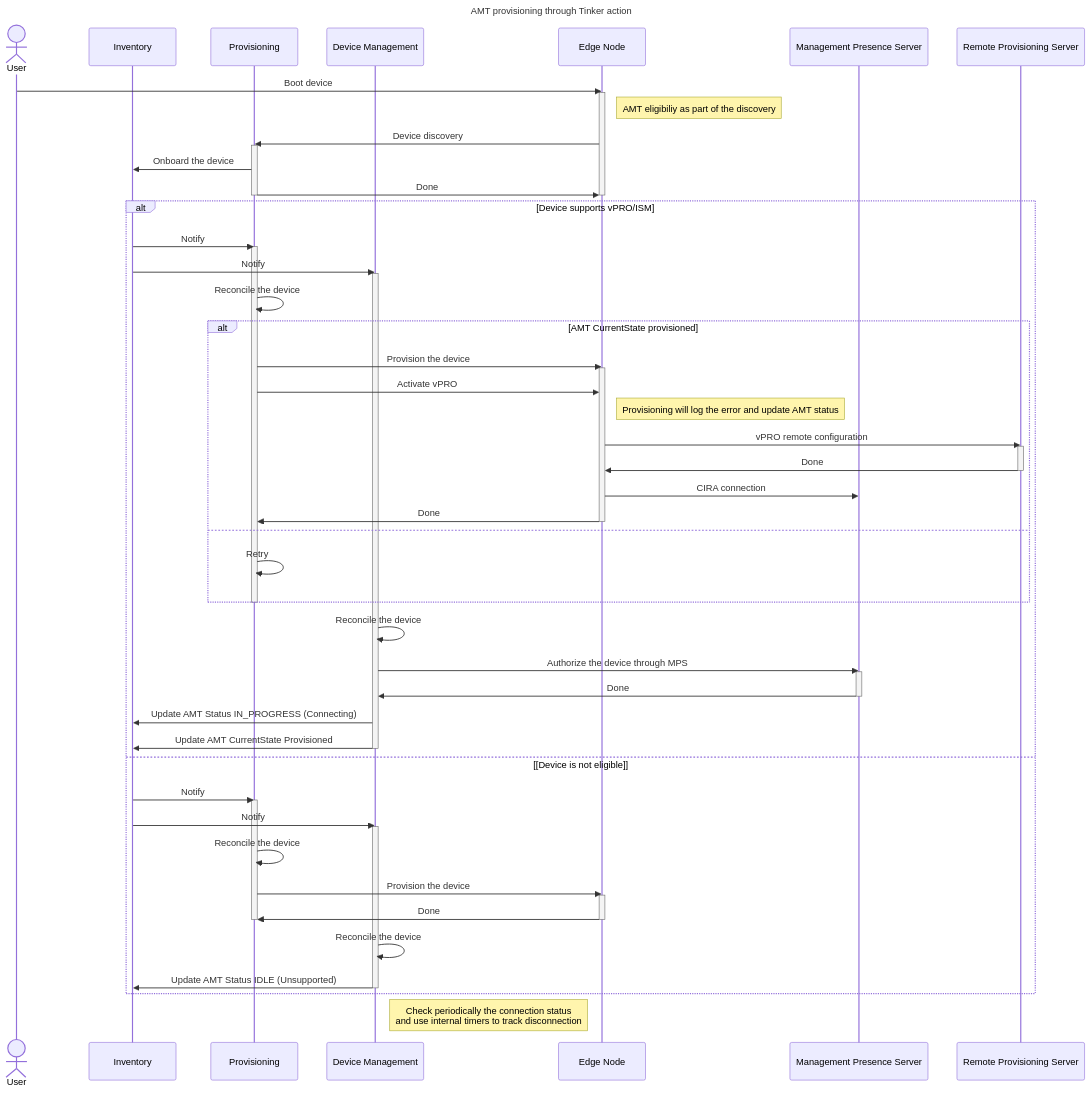
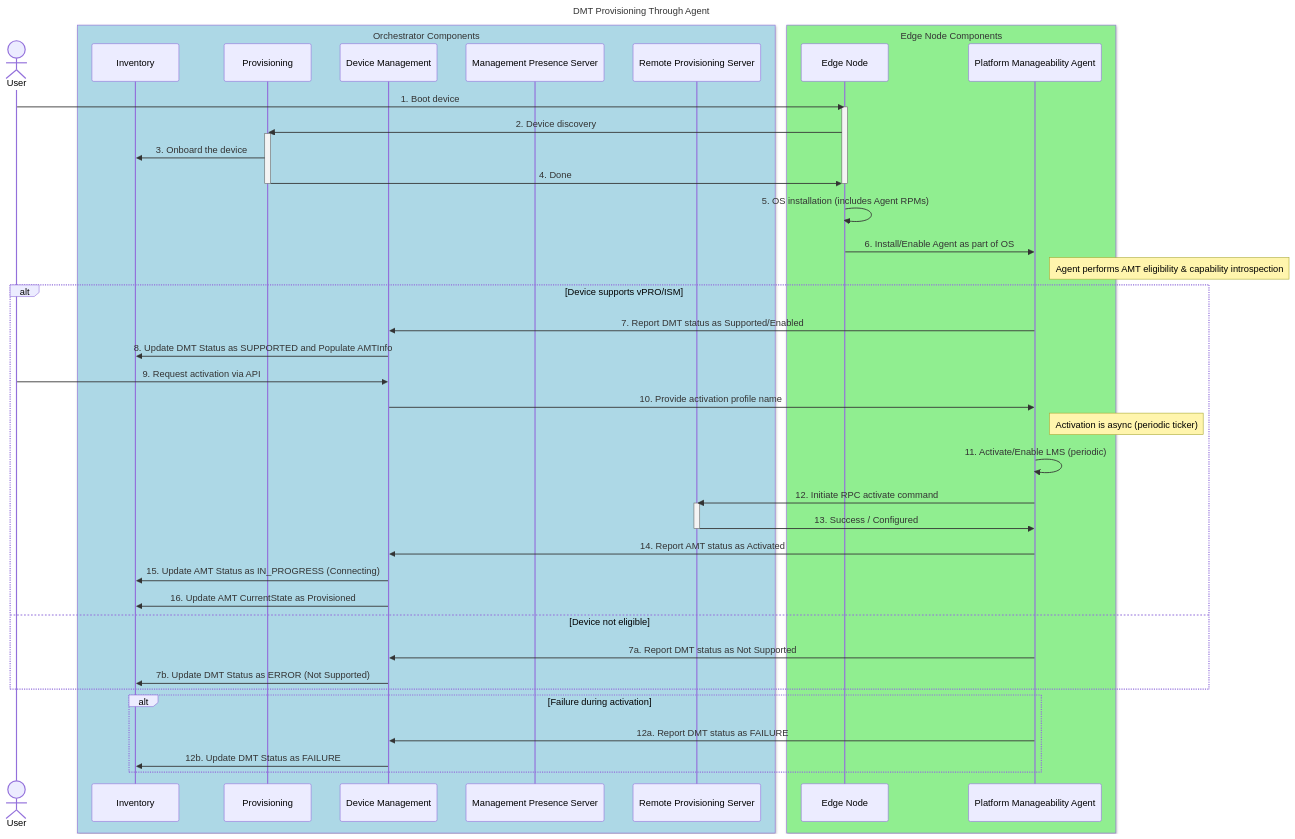
Before and after one commit to open-edge-platform/edge-manageability-framework: the diagram in design-proposals/vpro-device.md, drawn with Mermaid. The commit also changed other lines of this file, not shown here.

Commit message:
Initial commit for rpc design (#507)

````diff
--- a/design-proposals/vpro-device.md
+++ b/design-proposals/vpro-device.md
@@ -52,66 +59,62 @@
 ```mermaid
 sequenceDiagram
-    title AMT provisioning through Tinker action
+    title DMT Provisioning Through Agent
+
     actor us as User
-    participant inv as Inventory
-    participant ps as Provisioning
-    participant dm as Device Management
-    participant en as Edge Node
-    participant mps as Management Presence Server
-    participant rps as Remote Provisioning Server
-    us ->> en: Boot device
+
+    box rgb(173, 216, 230) Orchestrator Components
+        participant inv as Inventory
+        participant ps as Provisioning
+        participant dm as Device Management
+        participant mps as Management Presence Server
+        participant rps as Remote Provisioning Server
+    end
+
+    box rgb(144, 238, 144) Edge Node Components
+        participant en as Edge Node
+        participant agent as Platform Manageability Agent
+    end
+
+    us ->> en: 1. Boot device
     activate en
-    Note right of en: AMT eligibiliy as part of the discovery
-    en ->> ps: Device discovery
+    en ->> ps: 2. Device discovery
     activate ps
-    ps ->> inv: Onboard the device
-    ps ->> en: Done
+    ps ->> inv: 3. Onboard the device
+    ps ->> en: 4. Done
     deactivate ps
     deactivate en
+
+    en ->> en: 5. OS installation (includes Agent RPMs)
+    en ->> agent: 6. Install/Enable Agent as part of OS
+
+    Note right of agent: Agent performs AMT eligibility & capability introspection
+
     alt Device supports vPRO/ISM
-        inv ->> ps: Notify
-        activate ps
-        inv ->> dm: Notify
-        activate dm
-        ps ->> ps: Reconcile the device
-        alt AMT CurrentState provisioned
-            ps ->> en: Provision the device
-            activate en
-            ps ->> en: Activate vPRO
-            Note right of en: Provisioning will log the error and update AMT status
-            en ->> rps: vPRO remote configuration
-            activate rps
-            rps ->> en: Done
-            deactivate rps
-            en ->> mps: CIRA connection
-            en ->> ps: Done
-            deactivate en
-        else
-            ps ->> ps: Retry
-        end
-        deactivate ps
-        dm ->> dm: Reconcile the device
-        dm ->> mps: Authorize the device through MPS
-        activate mps
-        mps ->> dm: Done
-        deactivate mps
-        dm ->> inv: Update AMT Status IN_PROGRESS (Connecting)
-        dm ->> inv: Update AMT CurrentState Provisioned
-        deactivate dm
-    else [Device is not eligible]
-        inv ->> ps: Notify
-        activate ps
-        inv ->> dm: Notify
-        activate dm
-        ps ->> ps: Reconcile the device
-        ps ->> en: Provision the device
-        activate en
-        en ->> ps: Done
-        deactivate en
-        deactivate ps
-        dm ->> dm: Reconcile the device
-        dm ->> inv: Update AMT Status IDLE (Unsupported)
-        deactivate dm
+        agent ->> dm: 7. Report DMT status as Supported/Enabled
+        dm ->> inv: 8. Update DMT Status as SUPPORTED and Populate AMTInfo
+
+        us ->> dm: 9. Request activation via API
+        dm ->> agent: 10. Provide activation profile name
+
+        Note right of agent: Activation is async (periodic ticker)
+
+        agent ->> agent: 11. Activate/Enable LMS (periodic)
+        agent ->> rps: 12. Initiate RPC activate command
+        activate rps
+        rps ->> agent: 13. Success / Configured
+        deactivate rps
+
+        agent ->> dm: 14. Report AMT status as Activated
+        dm ->> inv: 15. Update AMT Status as IN_PROGRESS (Connecting)
+        dm ->> inv: 16. Update AMT CurrentState as Provisioned
+
+    else Device not eligible
+        agent ->> dm: 7a. Report DMT status as Not Supported
+        dm ->> inv: 7b. Update DMT Status as ERROR (Not Supported)
     end
-    Note right of dm: Check periodically the connection status<br>and use internal timers to track disconnection
+
+    alt Failure during activation
+        agent ->> dm: 12a. Report DMT status as FAILURE
+        dm ->> inv: 12b. Update DMT Status as FAILURE
+    end
 ```
````
